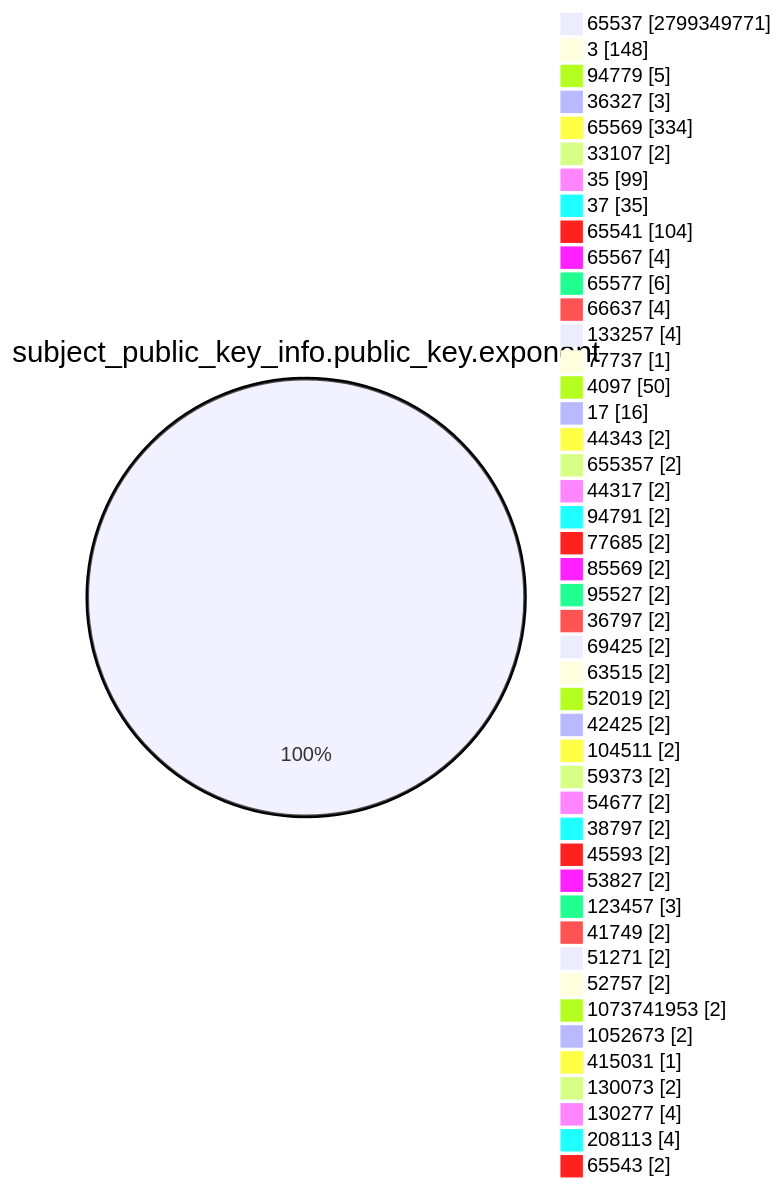
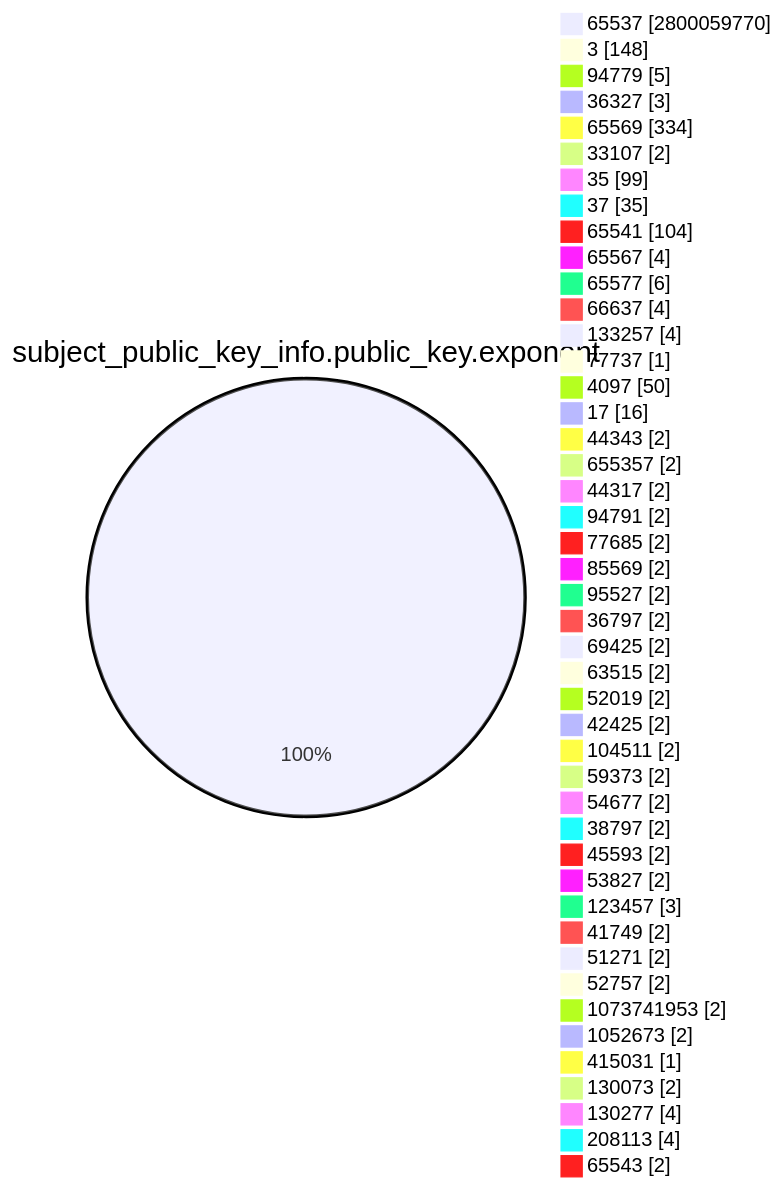
One commit to christiankrug/ctmonitor_visualization changed the fourth of 15 diagrams in TOTAL/README.md. Above: the diagram before and after it, drawn with Mermaid. The commit also changed other lines of this file, not shown here.

````diff
--- a/TOTAL/README.md
+++ b/TOTAL/README.md
@@ -1467,49 +1467,49 @@
 ```mermaid
 pie showData
 title subject_public_key_info.public_key.exponent
-"65537" :2799349771
+"65537" :2800059770
 "3" :148
 "94779" :5
 "36327" :3
 "65569" :334
 "33107" :2
 "35" :99
 "37" :35
 "65541" :104
 "65567" :4
 "65577" :6
 "66637" :4
 "133257" :4
 "77737" :1
 "4097" :50
 "17" :16
 "44343" :2
 "655357" :2
 "44317" :2
 "94791" :2
 "77685" :2
 "85569" :2
 "95527" :2
 "36797" :2
 "69425" :2
 "63515" :2
 "52019" :2
 "42425" :2
 "104511" :2
 "59373" :2
 "54677" :2
 "38797" :2
 "45593" :2
 "53827" :2
 "123457" :3
 "41749" :2
 "51271" :2
 "52757" :2
 "1073741953" :2
 "1052673" :2
 "415031" :1
 "130073" :2
 "130277" :4
 "208113" :4
 "65543" :2
 ```
````
